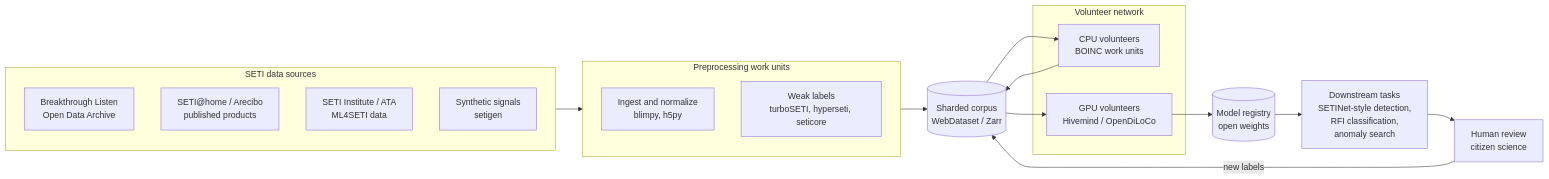
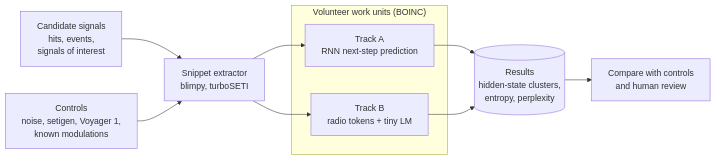
Before and after one commit to davidmdrpi/EIatHome: the diagram in README.md, drawn with Mermaid. The commit also changed other lines of this file and 1 other file, not shown here.

First line of the commit message:
Refocus on candidate signals as training data with RNN and token tracks

````diff
--- a/README.md
+++ b/README.md
@@ -103,32 +198,22 @@
 ```mermaid
 flowchart LR
-    subgraph Sources["SETI data sources"]
-        BL["Breakthrough Listen<br/>Open Data Archive"]
-        SAH["SETI@home / Arecibo<br/>published products"]
-        ATA["SETI Institute / ATA<br/>ML4SETI data"]
-        SYN["Synthetic signals<br/>setigen"]
+    CAND["Candidate signals<br/>hits, events,<br/>signals of interest"]
+    CTRL["Controls<br/>noise, setigen, Voyager 1,<br/>known modulations"]
+    SNIP["Snippet extractor<br/>blimpy, turboSETI"]
+
+    subgraph WU["Volunteer work units (BOINC)"]
+        A["Track A<br/>RNN next-step prediction"]
+        B["Track B<br/>radio tokens + tiny LM"]
     end
 
-    subgraph Prep["Preprocessing work units"]
-        ING["Ingest and normalize<br/>blimpy, h5py"]
-        LAB["Weak labels<br/>turboSETI, hyperseti, seticore"]
-    end
+    RES[("Results<br/>hidden-state clusters,<br/>entropy, perplexity")]
+    REV["Compare with controls<br/>and human review"]
 
-    STORE[("Sharded corpus<br/>WebDataset / Zarr")]
-
-    subgraph Volunteers["Volunteer network"]
-        CPU["CPU volunteers<br/>BOINC work units"]
-        GPU["GPU volunteers<br/>Hivemind / OpenDiLoCo"]
-    end
-
-    MODEL[("Model registry<br/>open weights")]
-    DOWN["Downstream tasks<br/>SETINet-style detection,<br/>RFI classification,<br/>anomaly search"]
-    HUMAN["Human review<br/>citizen science"]
-
-    Sources --> Prep --> STORE
-    STORE --> CPU
-    STORE --> GPU
-    CPU --> STORE
-    GPU --> MODEL --> DOWN --> HUMAN
-    HUMAN -- new labels --> STORE
+    CAND --> SNIP
+    CTRL --> SNIP
+    SNIP --> A
+    SNIP --> B
+    A --> RES
+    B --> RES
+    RES --> REV
 ```
````
